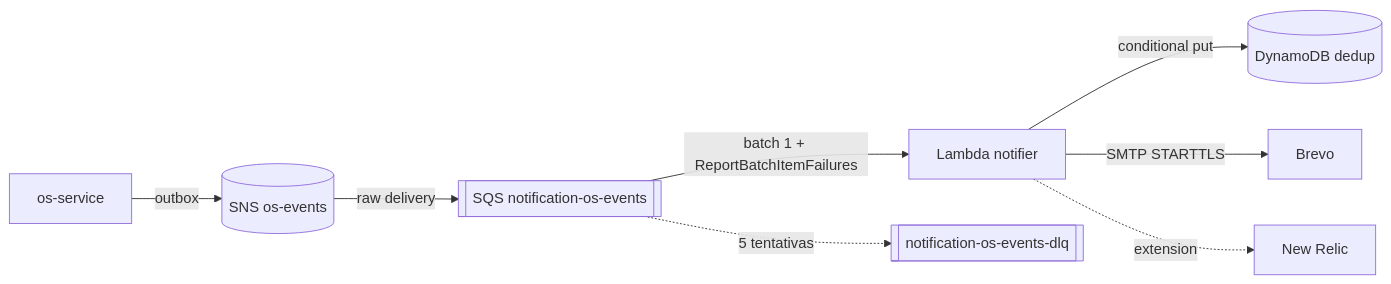
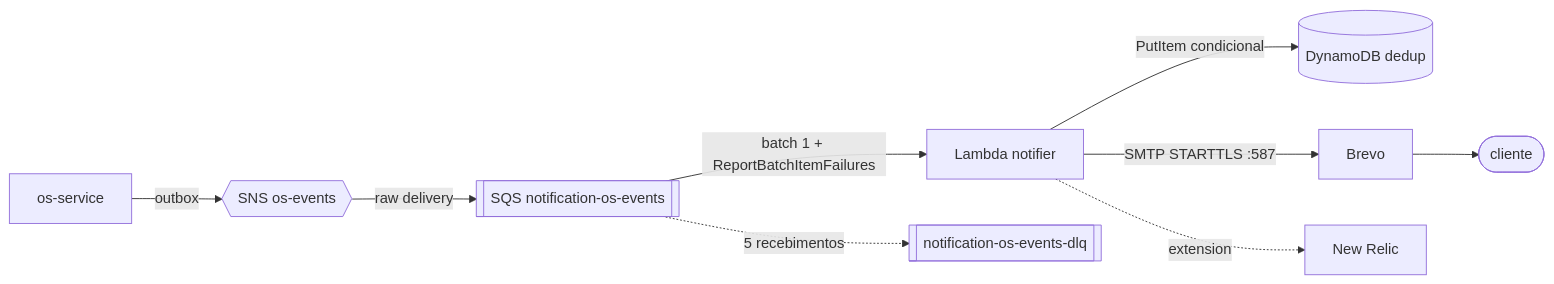
The first of 2 diagrams in README.md (Kc1t/postech-tc4-notification-lambda), drawn with Mermaid before and after one commit. The commit also changed other lines of this file, not shown here.

First line of the commit message:
docs: README do notifier completo, como documentação da arquitetura

````diff
--- a/README.md
+++ b/README.md
@@ -5,10 +40,11 @@
 ```mermaid
 flowchart LR
-  OS[os-service] -- outbox --> T[(SNS os-events)]
+  OS[os-service] -- outbox --> T{{SNS os-events}}
   T -- raw delivery --> Q[[SQS notification-os-events]]
-  Q -- batch 1 + ReportBatchItemFailures --> L[Lambda notifier]
-  Q -. 5 tentativas .-> DLQ[[notification-os-events-dlq]]
-  L -- conditional put --> D[(DynamoDB dedup)]
-  L -- SMTP STARTTLS --> B[Brevo]
+  Q -- "batch 1 + ReportBatchItemFailures" --> L[Lambda notifier]
+  Q -. "5 recebimentos" .-> DLQ[[notification-os-events-dlq]]
+  L -- "PutItem condicional" --> D[(DynamoDB dedup)]
+  L -- "SMTP STARTTLS :587" --> B[Brevo]
+  B --> C([cliente])
   L -. extension .-> NR[New Relic]
 ```
````
